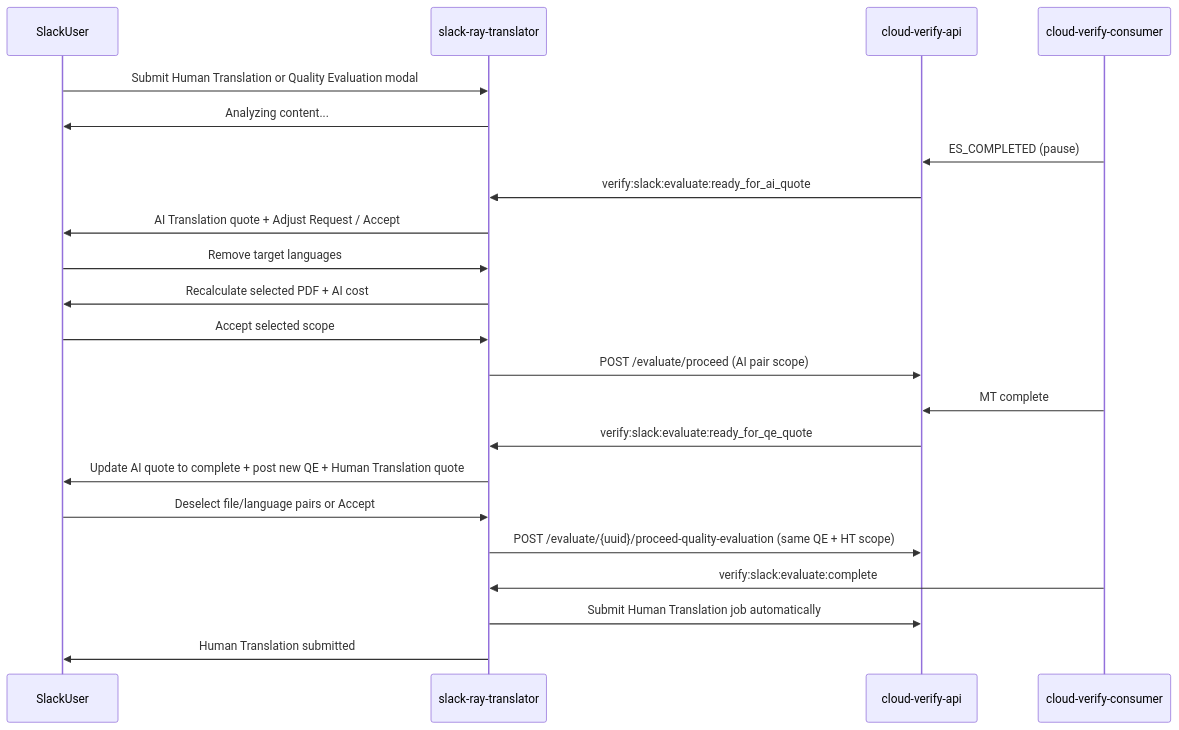
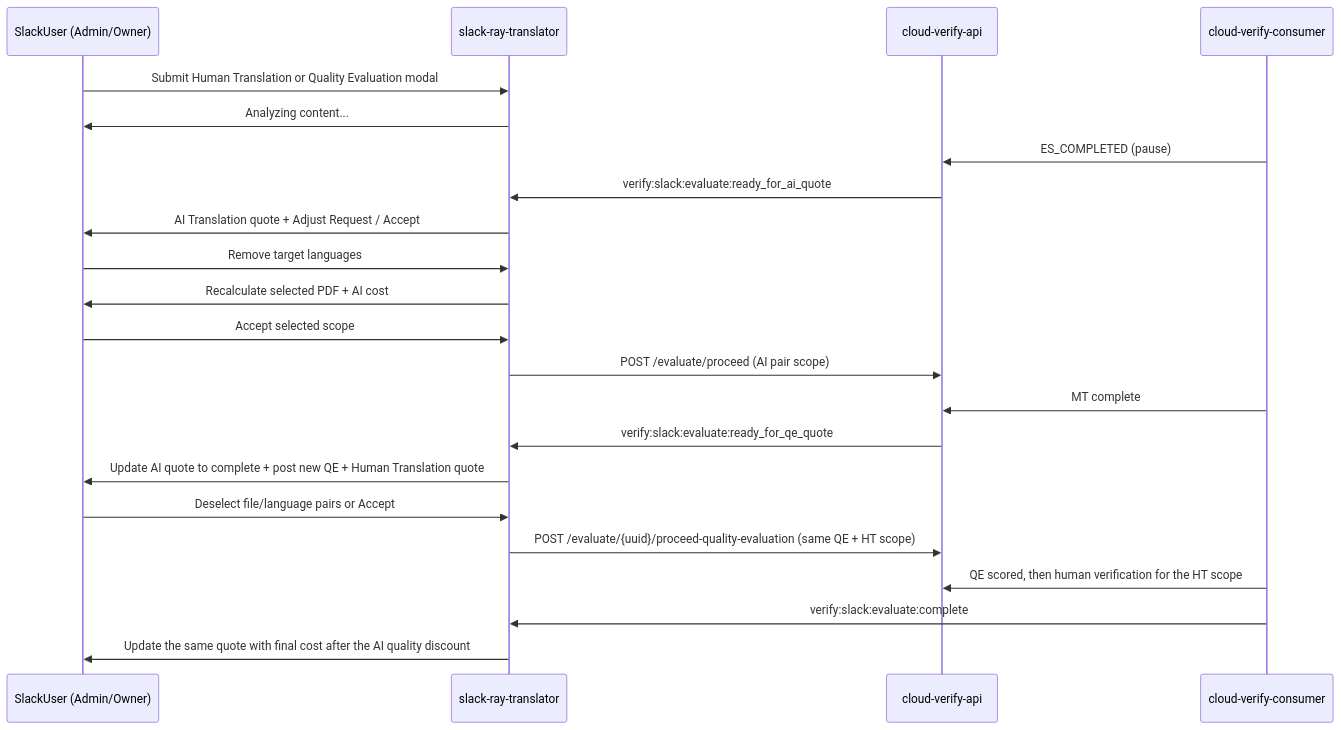
The third of 3 diagrams in docs/evaluate-quote-confirmation.md (strakergroup/Nake-Agentic-Slack), drawn with Mermaid before and after one commit. The commit also changed other lines of this file and 19 other files, not shown here.

First line of the commit message:
RAY-79115: keep human translation quotes on the HT panel and match prod rendering

````diff
--- a/docs/evaluate-quote-confirmation.md
+++ b/docs/evaluate-quote-confirmation.md
@@ -61,25 +112,25 @@
 ```mermaid
 sequenceDiagram
-    participant User as SlackUser
+    participant User as SlackUser (Admin/Owner)
     participant SRT as slack-ray-translator
     participant CVA as cloud-verify-api
     participant CVC as cloud-verify-consumer
 
     User->>SRT: Submit Human Translation or Quality Evaluation modal
     SRT->>User: Analyzing content...
     CVC->>CVA: ES_COMPLETED (pause)
     CVA->>SRT: verify:slack:evaluate:ready_for_ai_quote
     SRT->>User: AI Translation quote + Adjust Request / Accept
     User->>SRT: Remove target languages
     SRT->>User: Recalculate selected PDF + AI cost
     User->>SRT: Accept selected scope
     SRT->>CVA: POST /evaluate/proceed (AI pair scope)
     CVC->>CVA: MT complete
     CVA->>SRT: verify:slack:evaluate:ready_for_qe_quote
     SRT->>User: Update AI quote to complete + post new QE + Human Translation quote
     User->>SRT: Deselect file/language pairs or Accept
     SRT->>CVA: POST /evaluate/{uuid}/proceed-quality-evaluation (same QE + HT scope)
+    CVC->>CVA: QE scored, then human verification for the HT scope
     CVC->>SRT: verify:slack:evaluate:complete
-    SRT->>CVA: Submit Human Translation job automatically
-    SRT->>User: Human Translation submitted
+    SRT->>User: Update the same quote with final cost after the AI quality discount
 ```
````
